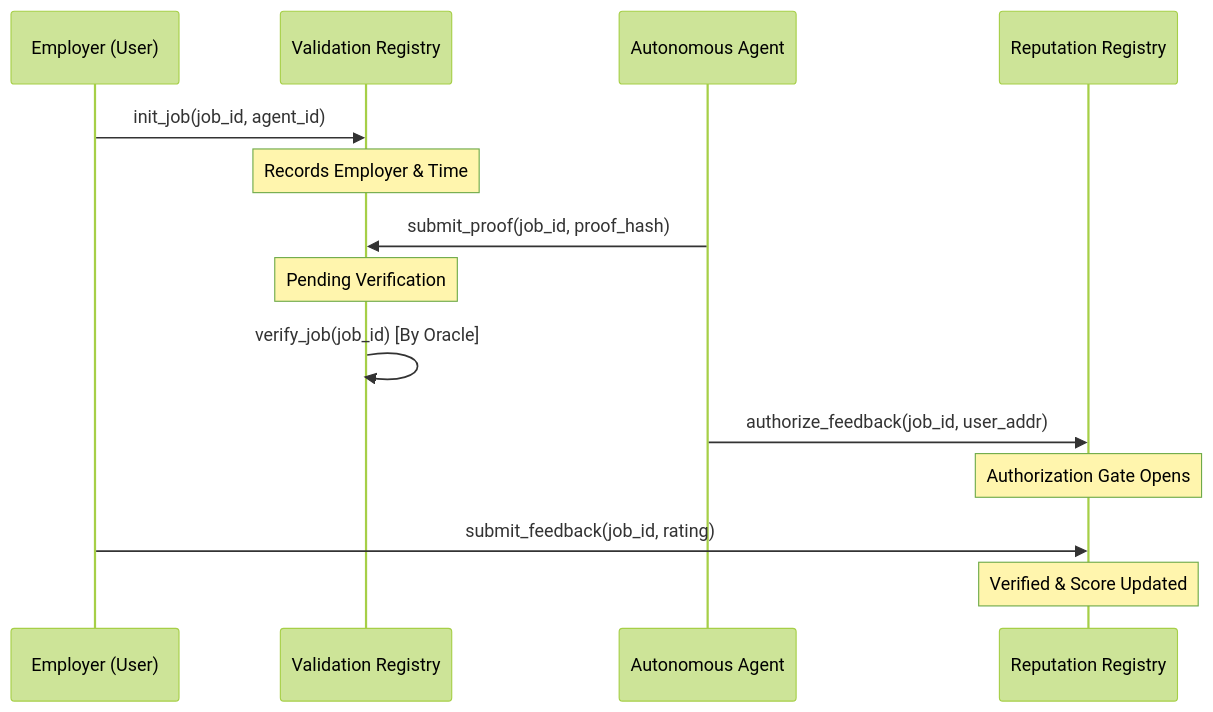
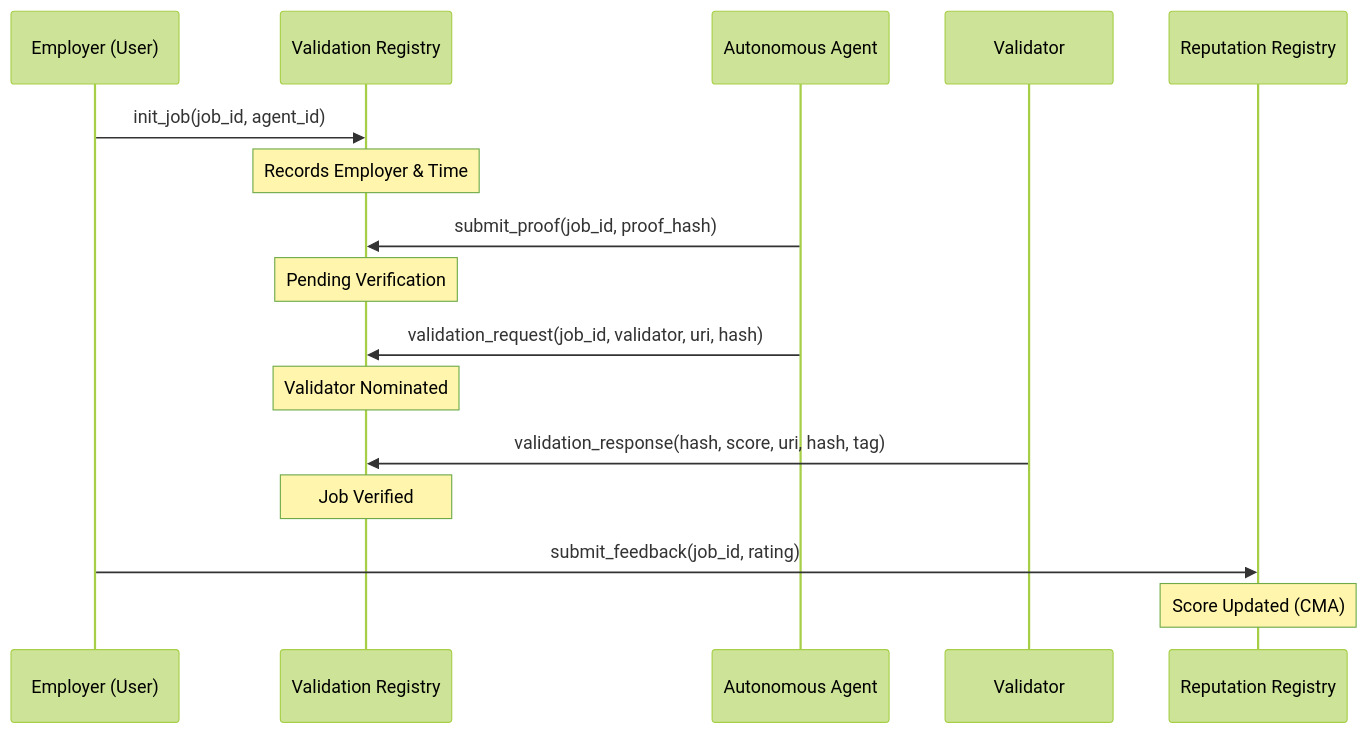
The diagram in README.md (andrei-marinica/mx-8004), drawn with Mermaid (forest theme) before and after one commit. The commit also changed 15 other files, not shown here.

````diff
--- a/README.md
+++ b/README.md
@@ -18,21 +18,23 @@
 ```mermaid
 sequenceDiagram
     participant User as Employer (User)
     participant VAL as Validation Registry
     participant Agent as Autonomous Agent
+    participant Validator as Validator
     participant REP as Reputation Registry
 
     User->>VAL: init_job(job_id, agent_id)
     Note over VAL: Records Employer & Time
 
     Agent->>VAL: submit_proof(job_id, proof_hash)
     Note over VAL: Pending Verification
 
-    VAL->>VAL: verify_job(job_id) [By Oracle]
+    Agent->>VAL: validation_request(job_id, validator, uri, hash)
+    Note over VAL: Validator Nominated
 
-    Agent->>REP: authorize_feedback(job_id, user_addr)
-    Note over REP: Authorization Gate Opens
+    Validator->>VAL: validation_response(hash, score, uri, hash, tag)
+    Note over VAL: Job Verified
 
     User->>REP: submit_feedback(job_id, rating)
-    Note over REP: Verified & Score Updated
+    Note over REP: Score Updated (CMA)
 ```
````
